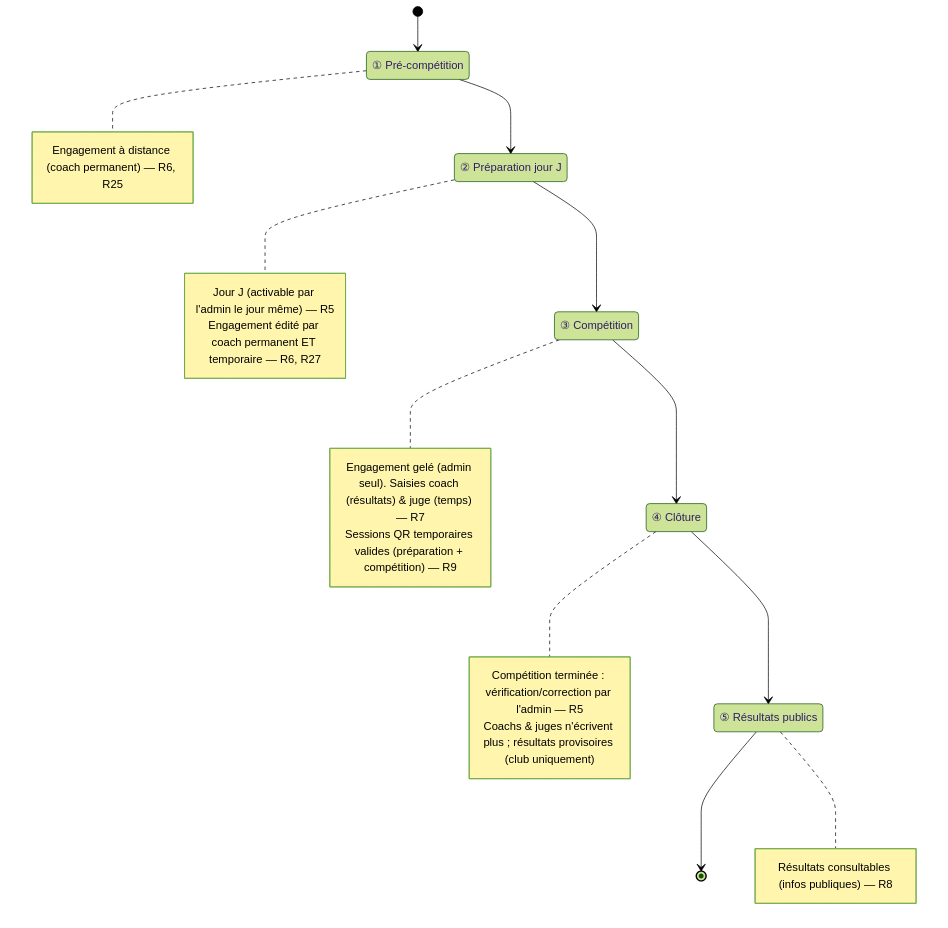
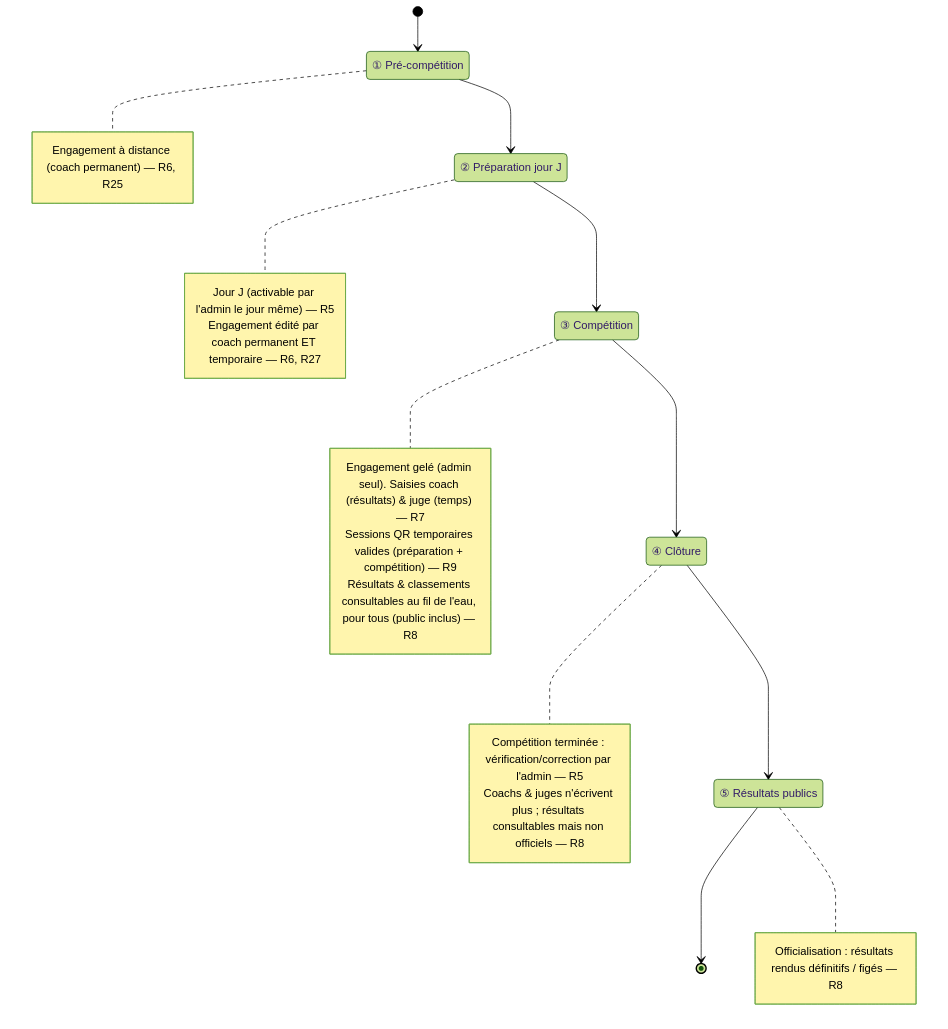
One commit to julleroyfr/interclub changed the second of 3 diagrams in docs/specs/01-roles-et-autorisations.md. Above: the diagram before and after it, drawn with Mermaid (forest theme). The commit also changed other lines of this file and 14 other files, not shown here.

````diff
--- a/docs/specs/01-roles-et-autorisations.md
+++ b/docs/specs/01-roles-et-autorisations.md
@@ -319,32 +366,33 @@
 ```mermaid
 stateDiagram-v2
   [*] --> PreCompetition
   PreCompetition: ① Pré-compétition
   Preparation: ② Préparation jour J
   Competition: ③ Compétition
   Cloture: ④ Clôture
   ResultatsPublics: ⑤ Résultats publics
   PreCompetition --> Preparation
   Preparation --> Competition
   Competition --> Cloture
   Cloture --> ResultatsPublics
   ResultatsPublics --> [*]
   note right of PreCompetition
     Engagement à distance (coach permanent) — R6, R25
   end note
   note right of Preparation
     Jour J (activable par l'admin le jour même) — R5
     Engagement édité par coach permanent ET temporaire — R6, R27
   end note
   note right of Competition
     Engagement gelé (admin seul). Saisies coach (résultats) & juge (temps) — R7
     Sessions QR temporaires valides (préparation + compétition) — R9
+    Résultats & classements consultables au fil de l'eau, pour tous (public inclus) — R8
   end note
   note right of Cloture
     Compétition terminée : vérification/correction par l'admin — R5
-    Coachs & juges n'écrivent plus ; résultats provisoires (club uniquement)
+    Coachs & juges n'écrivent plus ; résultats consultables mais non officiels — R8
   end note
   note right of ResultatsPublics
-    Résultats consultables (infos publiques) — R8
+    Officialisation : résultats rendus définitifs / figés — R8
   end note
 ```
````
